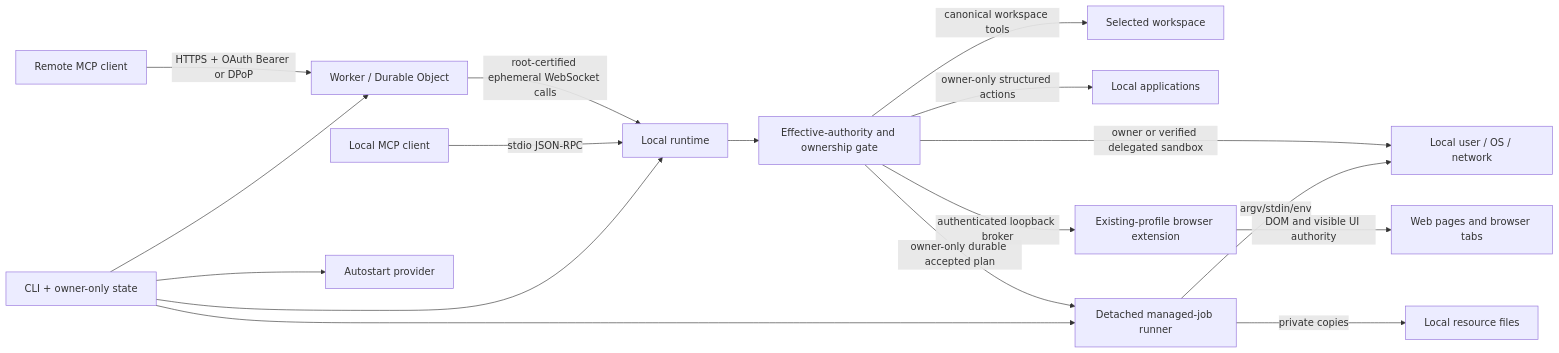
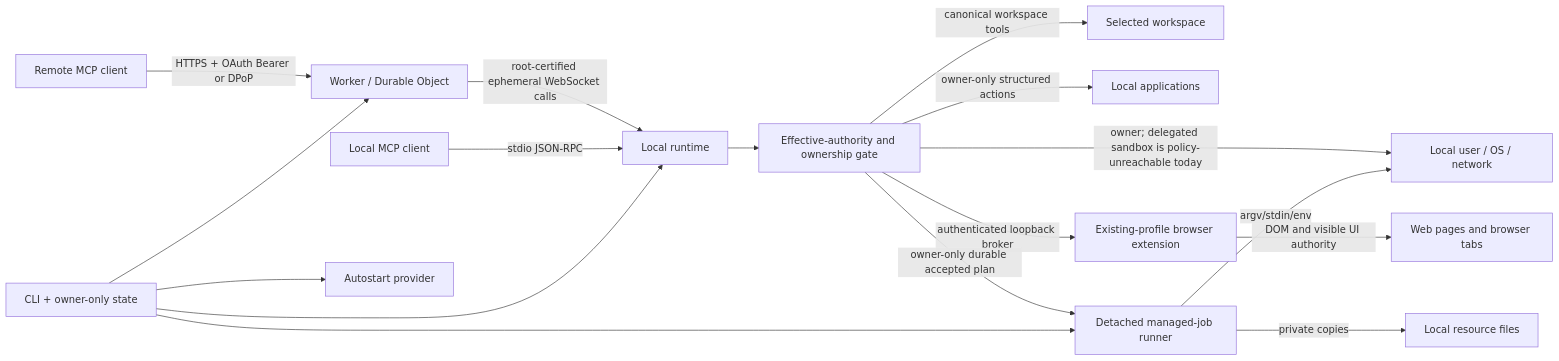
Before and after one commit to YuLeiFuYun/machine-bridge-mcp: the second of 3 diagrams in docs/ARCHITECTURE.md, drawn with Mermaid. The commit also changed 68 other files, not shown here.

````diff
--- a/docs/ARCHITECTURE.md
+++ b/docs/ARCHITECTURE.md
@@ -39,19 +39,19 @@
 ```mermaid
 flowchart LR
   C[Remote MCP client] -->|HTTPS + OAuth Bearer or DPoP| W[Worker / Durable Object]
   W -->|root-certified ephemeral WebSocket calls| R[Local runtime]
   L[Local MCP client] -->|stdio JSON-RPC| R
   R --> T[Effective-authority and ownership gate]
   T -->|canonical workspace tools| F[Selected workspace]
-  T -->|owner or verified delegated sandbox| P[Local user / OS / network]
+  T -->|owner; delegated sandbox is policy-unreachable today| P[Local user / OS / network]
   T -->|owner-only structured actions| A[Local applications]
   T -->|authenticated loopback broker| B[Existing-profile browser extension]
   B -->|DOM and visible UI authority| WB[Web pages and browser tabs]
   T -->|owner-only durable accepted plan| J[Detached managed-job runner]
   J -->|private copies| LR[Local resource files]
   J -->|argv/stdin/env| P
   CLI[CLI + owner-only state] --> W
   CLI --> R
   CLI --> J
   CLI --> S[Autostart provider]
 ```
````
